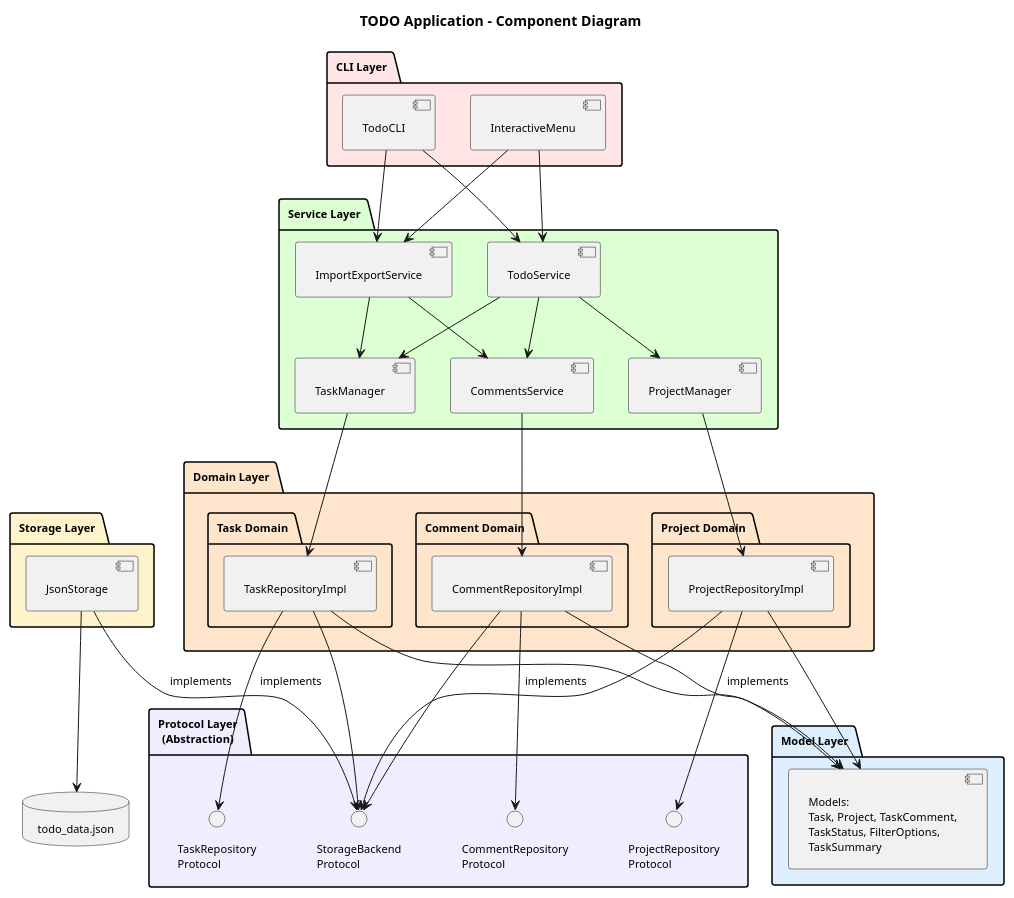
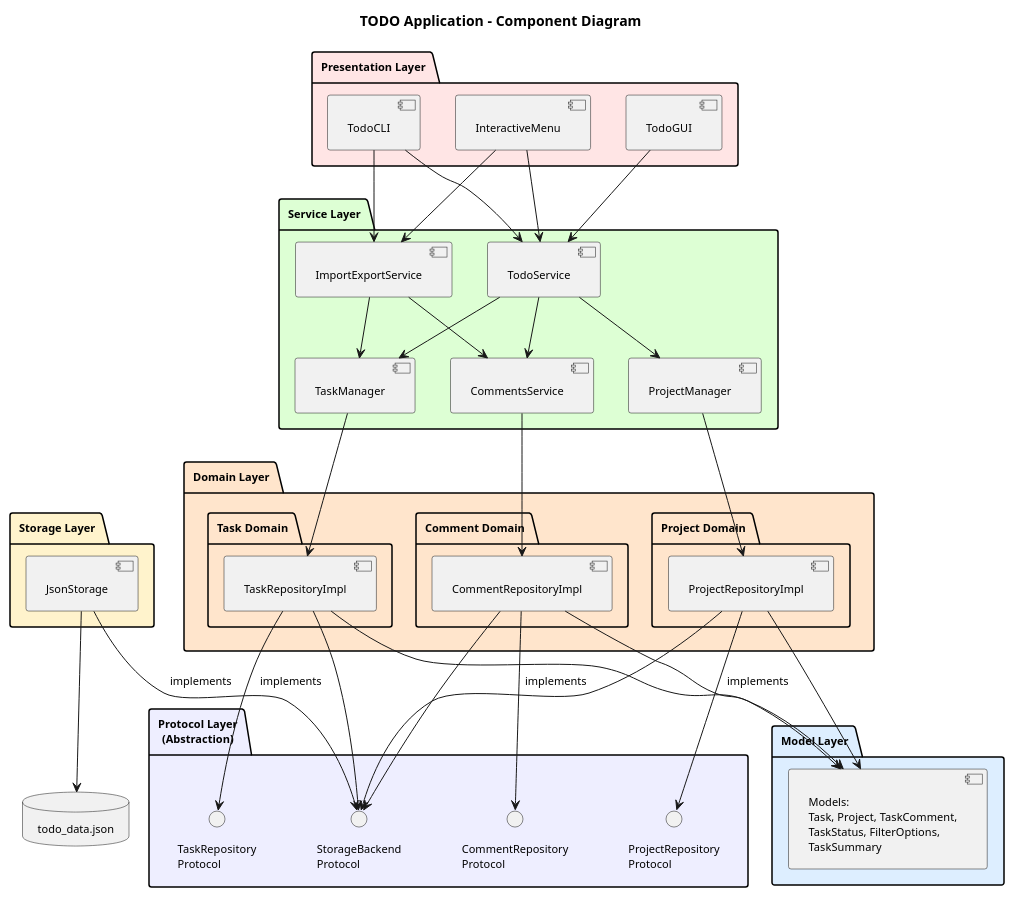
The diagram in experiments/broadcast/user_stories/TODO/artifacts/component_diagram.puml (DanielRiha8906/Software_autoevolution_using_agents), drawn with PlantUML before and after one commit. The commit also changed 4 other files, not shown here.

First line of the commit message:
Update diagrams to reflect new Tkinter GUI implementation

```diff
--- a/experiments/broadcast/user_stories/TODO/artifacts/component_diagram.puml
+++ b/experiments/broadcast/user_stories/TODO/artifacts/component_diagram.puml
@@ -1,94 +1,96 @@
 @startuml component_diagram
 
 title TODO Application - Component Diagram
 
 skinparam componentStyle uml2
 skinparam defaultFontSize 11
 skinparam padding 5
 
 top to bottom direction
 
-package "CLI Layer" #FFE5E5 {
+package "Presentation Layer" #FFE5E5 {
+    component [TodoGUI] as GUI
     component [TodoCLI] as CLI
     component [InteractiveMenu] as Menu
 }
 
 package "Service Layer" #DDFFD4 {
     component [TodoService] as Service
     component [TaskManager] as TManager
     component [CommentsService] as CService
     component [ProjectManager] as PManager
     component [ImportExportService] as IService
 }
 
 package "Domain Layer" #FFE5CC {
     package "Task Domain" {
         component [TaskRepositoryImpl] as TRepo
     }
 
     package "Comment Domain" {
         component [CommentRepositoryImpl] as CRepo
     }
 
     package "Project Domain" {
         component [ProjectRepositoryImpl] as PRepo
     }
 }
 
 package "Protocol Layer\n(Abstraction)" #EEEEFF {
     interface "TaskRepository\nProtocol" as TRepoP
     interface "CommentRepository\nProtocol" as CRepoP
     interface "ProjectRepository\nProtocol" as PRepoP
     interface "StorageBackend\nProtocol" as StorageP
 }
 
 package "Storage Layer" #FFF3CC {
     component [JsonStorage] as Storage
 }
 
 package "Model Layer" #DDEEFF {
     component [Models:\nTask, Project, TaskComment,\nTaskStatus, FilterOptions,\nTaskSummary] as Models
 }
 
 database "todo_data.json" as DB
 
-' CLI layer dependencies
+' Presentation layer dependencies
+GUI --> Service
 CLI --> Service
 CLI --> IService
 Menu --> Service
 Menu --> IService
 
 ' Service layer dependencies
 Service --> TManager
 Service --> CService
 Service --> PManager
 IService --> TManager
 IService --> CService
 
 ' Service to Domain dependencies
 TManager --> TRepo
 CService --> CRepo
 PManager --> PRepo
 
 ' Domain implements protocols
 TRepo --> TRepoP : implements
 CRepo --> CRepoP : implements
 PRepo --> PRepoP : implements
 
 ' Domain uses storage protocol
 TRepo --> StorageP
 CRepo --> StorageP
 PRepo --> StorageP
 
 ' Storage implements protocol
 Storage --> StorageP : implements
 
 ' Storage uses database
 Storage --> DB
 
 ' Models are used everywhere
 TRepo --> Models
 CRepo --> Models
 PRepo --> Models
 
 @enduml
```
